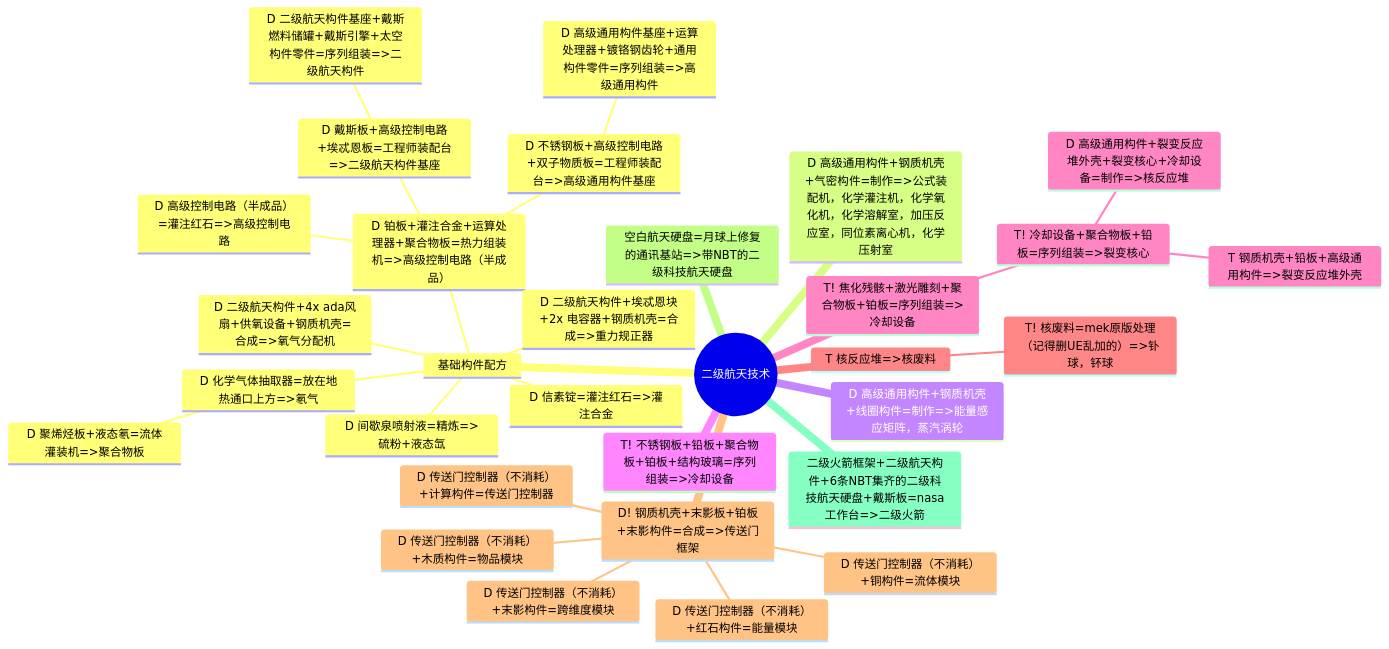
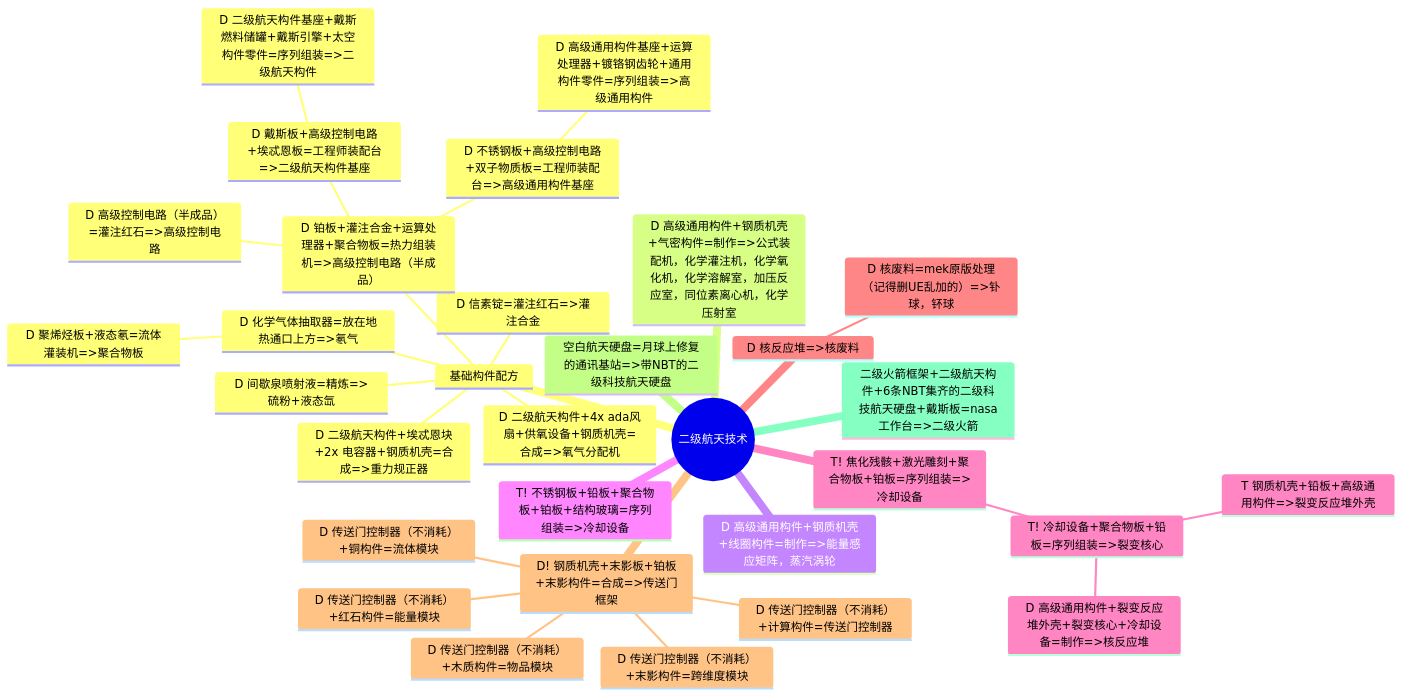
The second of 4 diagrams in Developer/TechTreeMap.md (VechniMetel/CodeNameCIM2), drawn with Mermaid before and after one commit. The commit also changed 3 other files, not shown here.

````diff
--- a/Developer/TechTreeMap.md
+++ b/Developer/TechTreeMap.md
@@ -48,34 +48,34 @@
 ``` mermaid
 mindmap
     root((二级航天技术))
         基础构件配方
             D 信素锭=灌注红石=>灌注合金
             D 间歇泉喷射液=精炼=>硫粉+液态氙
             D 化学气体抽取器=放在地热通口上方=>氡气
                 D 聚烯烃板+液态氡=流体灌装机=>聚合物板
             D 铂板+灌注合金+运算处理器+聚合物板=热力组装机=>高级控制电路（半成品）
                 D 高级控制电路（半成品）=灌注红石=>高级控制电路
                 D 戴斯板+高级控制电路+埃忒恩板=工程师装配台=>二级航天构件基座
                     D 二级航天构件基座+戴斯燃料储罐+戴斯引擎+太空构件零件=序列组装=>二级航天构件
                 D 不锈钢板+高级控制电路+双子物质板=工程师装配台=>高级通用构件基座
                     D 高级通用构件基座+运算处理器+镀铬钢齿轮+通用构件零件=序列组装=>高级通用构件
             D 二级航天构件+4x ada风扇+供氧设备+钢质机壳=合成=>氧气分配机
             D 二级航天构件+埃忒恩块+2x 电容器+钢质机壳=合成=>重力规正器
         D 高级通用构件+钢质机壳+气密构件=制作=>公式装配机，化学灌注机，化学氧化机，化学溶解室，加压反应室，同位素离心机，化学压射室
         D 高级通用构件+钢质机壳+线圈构件=制作=>能量感应矩阵，蒸汽涡轮
         T! 不锈钢板+铅板+聚合物板+铂板+结构玻璃=序列组装=>冷却设备
         T! 焦化残骸+激光雕刻+聚合物板+铂板=序列组装=>冷却设备
            T! 冷却设备+聚合物板+铅板=序列组装=>裂变核心
             T 钢质机壳+铅板+高级通用构件=>裂变反应堆外壳
             D 高级通用构件+裂变反应堆外壳+裂变核心+冷却设备=制作=>核反应堆
-        T 核反应堆=>核废料
-            T! 核废料=mek原版处理（记得删UE乱加的）=>钋球，钚球
+        D 核反应堆=>核废料
+            D 核废料=mek原版处理（记得删UE乱加的）=>钋球，钚球
         D! 钢质机壳+末影板+铂板+末影构件=合成=>传送门框架
             D 传送门控制器（不消耗）+计算构件=传送门控制器
             D 传送门控制器（不消耗）+木质构件=物品模块
             D 传送门控制器（不消耗）+铜构件=流体模块
             D 传送门控制器（不消耗）+红石构件=能量模块
             D 传送门控制器（不消耗）+末影构件=跨维度模块
         空白航天硬盘=月球上修复的通讯基站=>带NBT的二级科技航天硬盘
         二级火箭框架+二级航天构件+6条NBT集齐的二级科技航天硬盘+戴斯板=nasa工作台=>二级火箭
 ```
````
